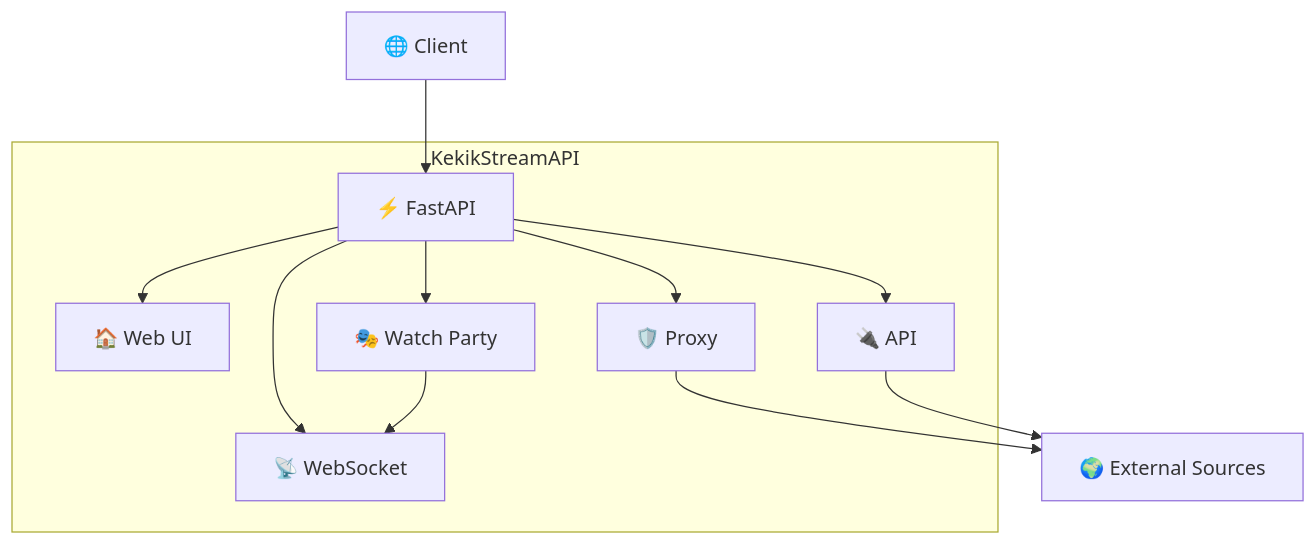
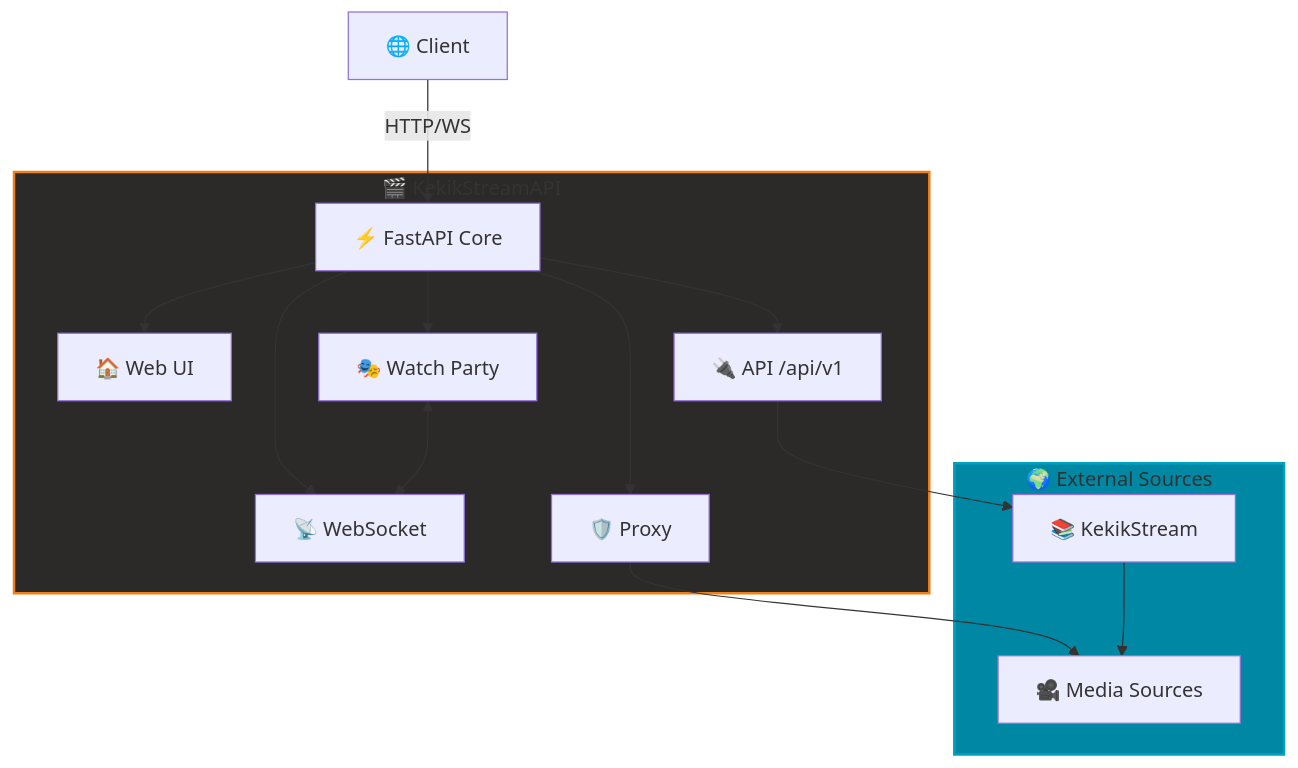
The diagram in README.md (keyiflerolsun/KekikStreamAPI), drawn with Mermaid before and after one commit. The commit also changed other lines of this file, not shown here.

````diff
--- a/README.md
+++ b/README.md
@@ -46,26 +46,33 @@
 ```mermaid
 graph TB
     Client[🌐 Client]
     
-    subgraph KekikStreamAPI
-        FastAPI[⚡ FastAPI]
+    subgraph KekikStreamAPI[🎬 KekikStreamAPI]
+        FastAPI[⚡ FastAPI Core]
         Home[🏠 Web UI]
-        API[🔌 API]
-        WP[🎭 Watch Party]
+        API[🔌 API /api/v1]
+        WatchParty[🎭 Watch Party]
         WSS[📡 WebSocket]
         Proxy[🛡️ Proxy]
     end
     
-    External[🌍 External Sources]
+    subgraph External[🌍 External Sources]
+        KekikStream[📚 KekikStream]
+        MediaSources[🎥 Media Sources]
+    end
     
-    Client --> FastAPI
+    Client -->|HTTP/WS| FastAPI
     FastAPI --> Home
     FastAPI --> API
-    FastAPI --> WP
+    FastAPI --> WatchParty
     FastAPI --> WSS
     FastAPI --> Proxy
     
-    WP --> WSS
-    Proxy --> External
-    API --> External
+    WatchParty <--> WSS
+    API --> KekikStream
+    Proxy --> MediaSources
+    KekikStream --> MediaSources
+    
+    style KekikStreamAPI fill:#2b2a29,stroke:#ef7f1a,stroke-width:2px
+    style External fill:#0087a3,stroke:#00a0c2,stroke-width:2px
 ```
````
